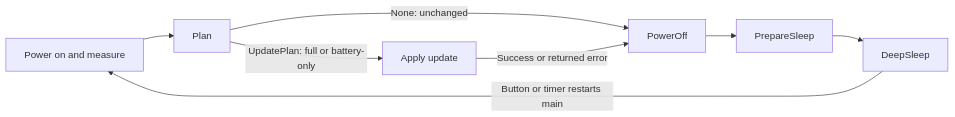
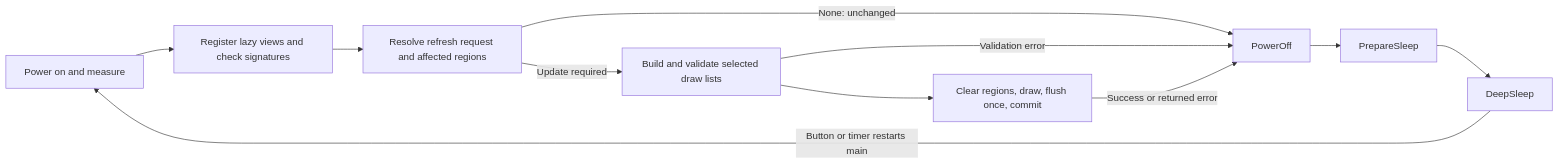
Before and after one commit to Famoto/fetchbadge: the diagram in README.md, drawn with Mermaid. The commit also changed other lines of this file and 20 other files, not shown here.

Commit message:
refactor: introduce modular badge views and refresh pipeline

````diff
--- a/README.md
+++ b/README.md
@@ -55,9 +62,12 @@
 ```mermaid
 flowchart LR
-    Measure[Power on and measure] --> Plan
-    Plan -->|UpdatePlan: full or battery-only| Update[Apply update]
+    Measure[Power on and measure] --> Register[Register lazy views and check signatures]
+    Register --> Plan[Resolve refresh request and affected regions]
+    Plan -->|Update required| Prepare[Build and validate selected draw lists]
+    Prepare --> Update[Clear regions, draw, flush once, commit]
     Plan -->|None: unchanged| PowerOff
+    Prepare -->|Validation error| PowerOff
     Update -->|Success or returned error| PowerOff
     PowerOff --> PrepareSleep --> DeepSleep
     DeepSleep -->|Button or timer restarts main| Measure
 ```
````
